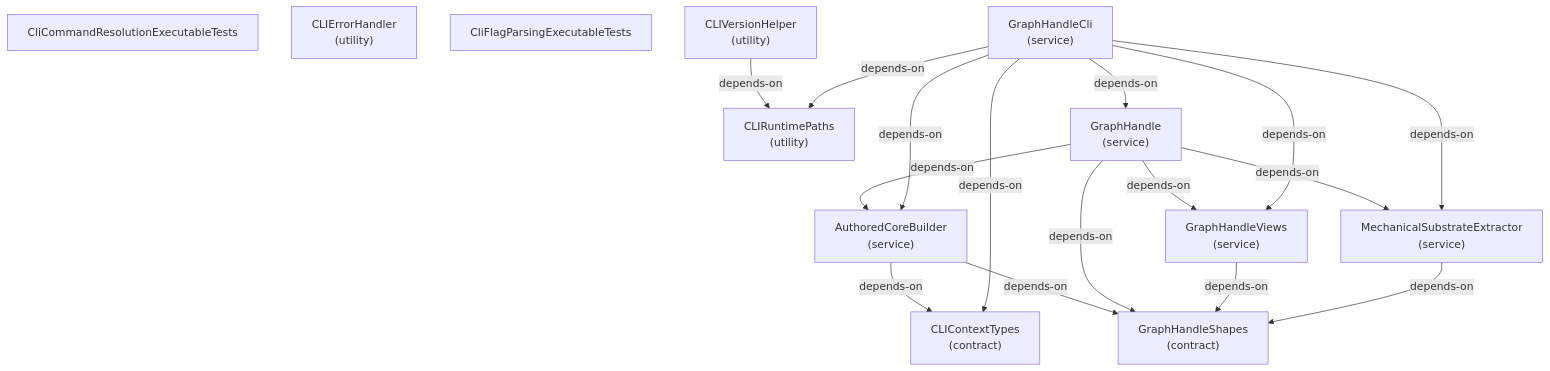
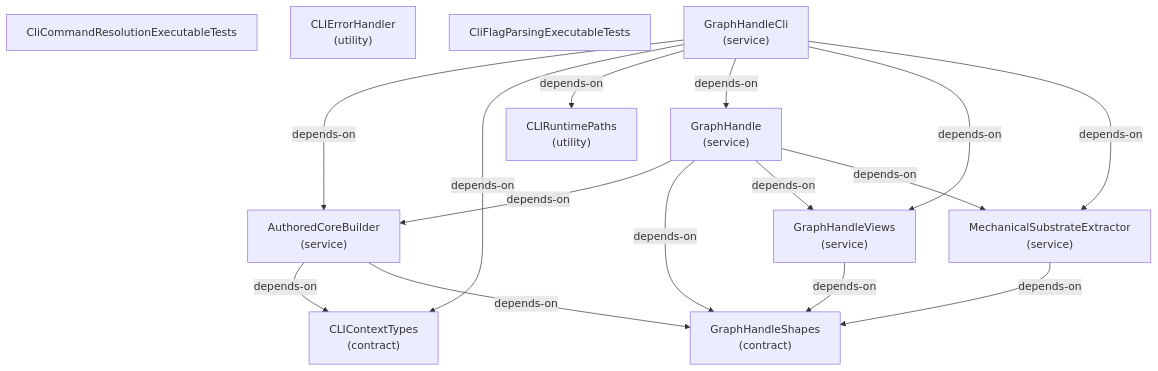
One commit to libar-dev/architect changed the second of 8 diagrams in docs-live/architecture/package-seam.md. Above: the diagram before and after it, drawn with Mermaid. The commit also changed other lines of this file and 20 other files, not shown here.

````diff
--- a/docs-live/architecture/package-seam.md
+++ b/docs-live/architecture/package-seam.md
@@ -41,30 +41,28 @@
 ```mermaid
 graph TD
   authoredcorebuilder["AuthoredCoreBuilder<br/>(service)"]
   clicommandresolutionexecutabletests["CliCommandResolutionExecutableTests"]
   clicontexttypes["CLIContextTypes<br/>(contract)"]
   clierrorhandler["CLIErrorHandler<br/>(utility)"]
   cliflagparsingexecutabletests["CliFlagParsingExecutableTests"]
   cliruntimepaths["CLIRuntimePaths<br/>(utility)"]
-  cliversionhelper["CLIVersionHelper<br/>(utility)"]
   graphhandle["GraphHandle<br/>(service)"]
   graphhandlecli["GraphHandleCli<br/>(service)"]
   graphhandleshapes["GraphHandleShapes<br/>(contract)"]
   graphhandleviews["GraphHandleViews<br/>(service)"]
   mechanicalsubstrateextractor["MechanicalSubstrateExtractor<br/>(service)"]
   authoredcorebuilder -->|depends-on| clicontexttypes
   authoredcorebuilder -->|depends-on| graphhandleshapes
-  cliversionhelper -->|depends-on| cliruntimepaths
   graphhandle -->|depends-on| authoredcorebuilder
   graphhandle -->|depends-on| graphhandleshapes
   graphhandle -->|depends-on| graphhandleviews
   graphhandle -->|depends-on| mechanicalsubstrateextractor
   graphhandlecli -->|depends-on| authoredcorebuilder
   graphhandlecli -->|depends-on| clicontexttypes
   graphhandlecli -->|depends-on| cliruntimepaths
   graphhandlecli -->|depends-on| graphhandle
   graphhandlecli -->|depends-on| graphhandleviews
   graphhandlecli -->|depends-on| mechanicalsubstrateextractor
   graphhandleviews -->|depends-on| graphhandleshapes
   mechanicalsubstrateextractor -->|depends-on| graphhandleshapes
 ```
````
